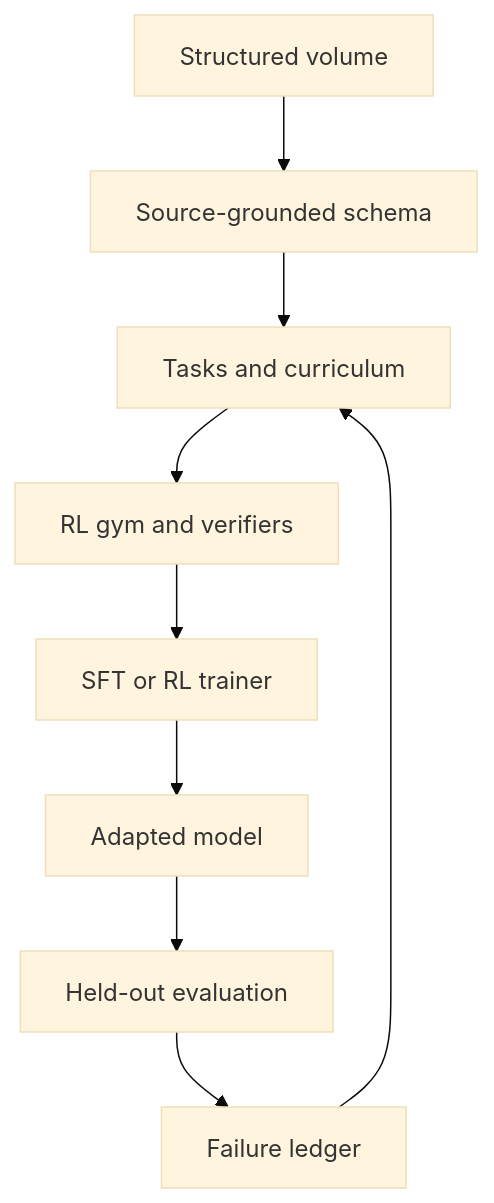
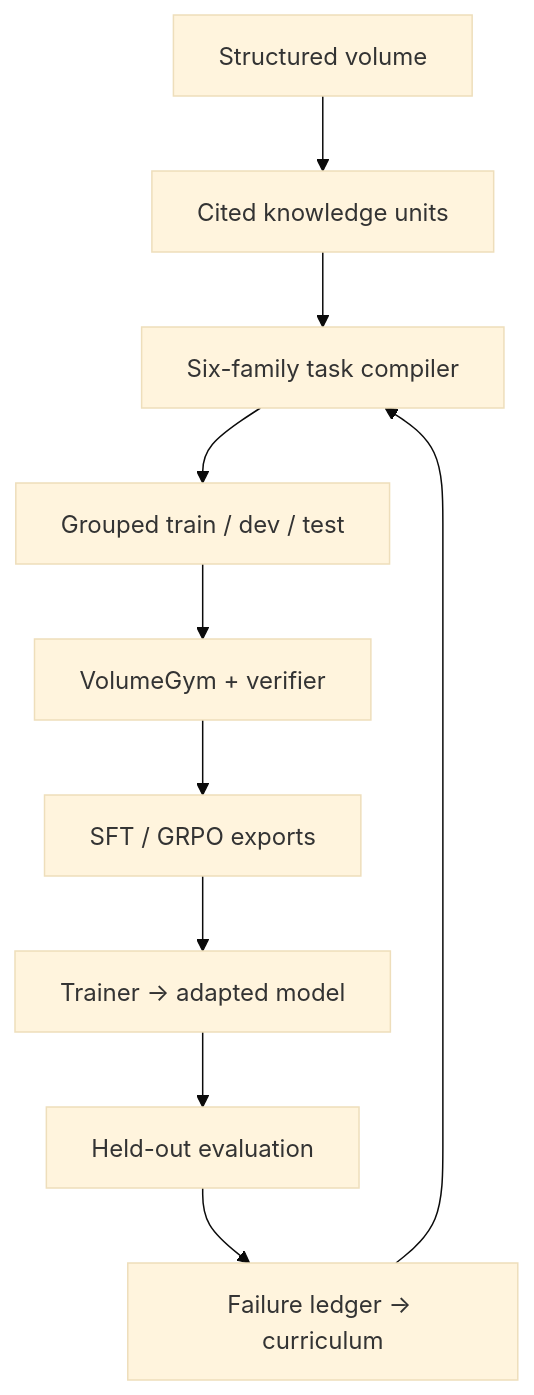
The diagram in README.md (HarleyCoops/volume2gym), drawn with Mermaid (base theme) before and after one commit. The commit also changed other lines of this file and 100 other files, not shown here.

Commit message:
Build executable Volume2Gym compiler and consolidate railroad lineage

````diff
--- a/README.md
+++ b/README.md
@@ -44,11 +45,12 @@
 ```mermaid
 flowchart TD
-    V["Structured volume"] --> S["Source-grounded schema"]
-    S --> T["Tasks and curriculum"]
-    T --> E["RL gym and verifiers"]
-    E --> R["SFT or RL trainer"]
-    R --> M["Adapted model"]
-    M --> H["Held-out evaluation"]
-    H --> F["Failure ledger"]
-    F --> T
+    V["Structured volume"] --> U["Cited knowledge units"]
+    U --> C["Six-family task compiler"]
+    C --> S["Grouped train / dev / test"]
+    S --> G["VolumeGym + verifier"]
+    G --> X["SFT / GRPO exports"]
+    X --> M["Trainer → adapted model"]
+    M --> E["Held-out evaluation"]
+    E --> F["Failure ledger → curriculum"]
+    F --> C
 ```
````
